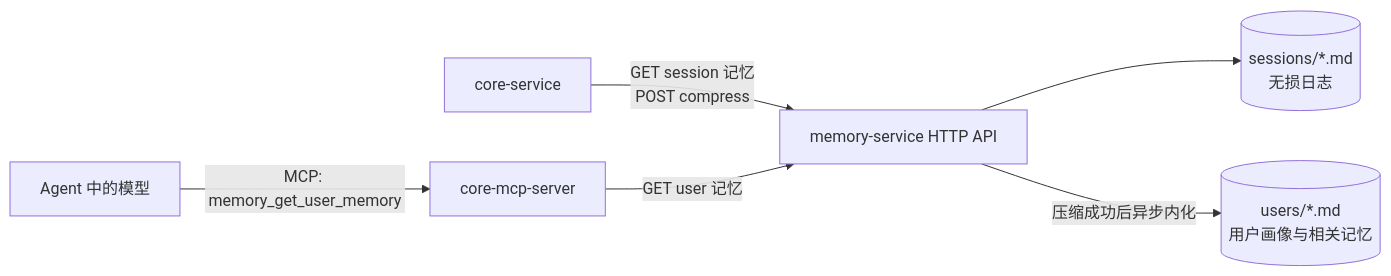
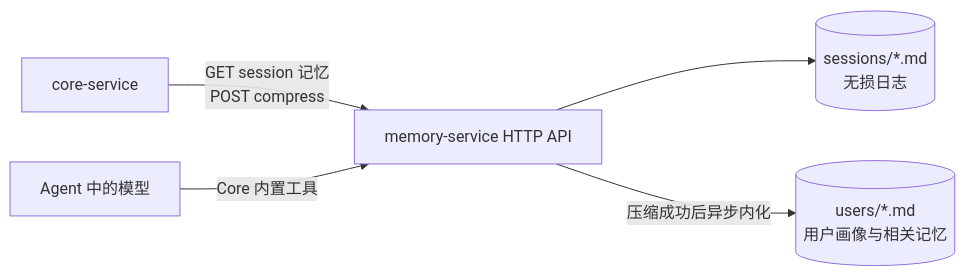
One commit to tamakara/AIChan changed the first of 2 diagrams in docs/memory-service.md. Above: the diagram before and after it, drawn with Mermaid. The commit also changed other lines of this file and 74 other files, not shown here.

````diff
--- a/docs/memory-service.md
+++ b/docs/memory-service.md
@@ -14,8 +14,7 @@
 ```mermaid
 flowchart LR
     agent[core-service] -->|GET session 记忆<br/>POST compress| api[memory-service HTTP API]
     api --> session[(sessions/*.md<br/>无损日志)]
     api -->|压缩成功后异步内化| user[(users/*.md<br/>用户画像与相关记忆)]
-    tools[core-mcp-server] -->|GET user 记忆| api
-    model[Agent 中的模型] -->|MCP: memory_get_user_memory| tools
+    model[Agent 中的模型] -->|Core 内置工具| api
 ```
````
